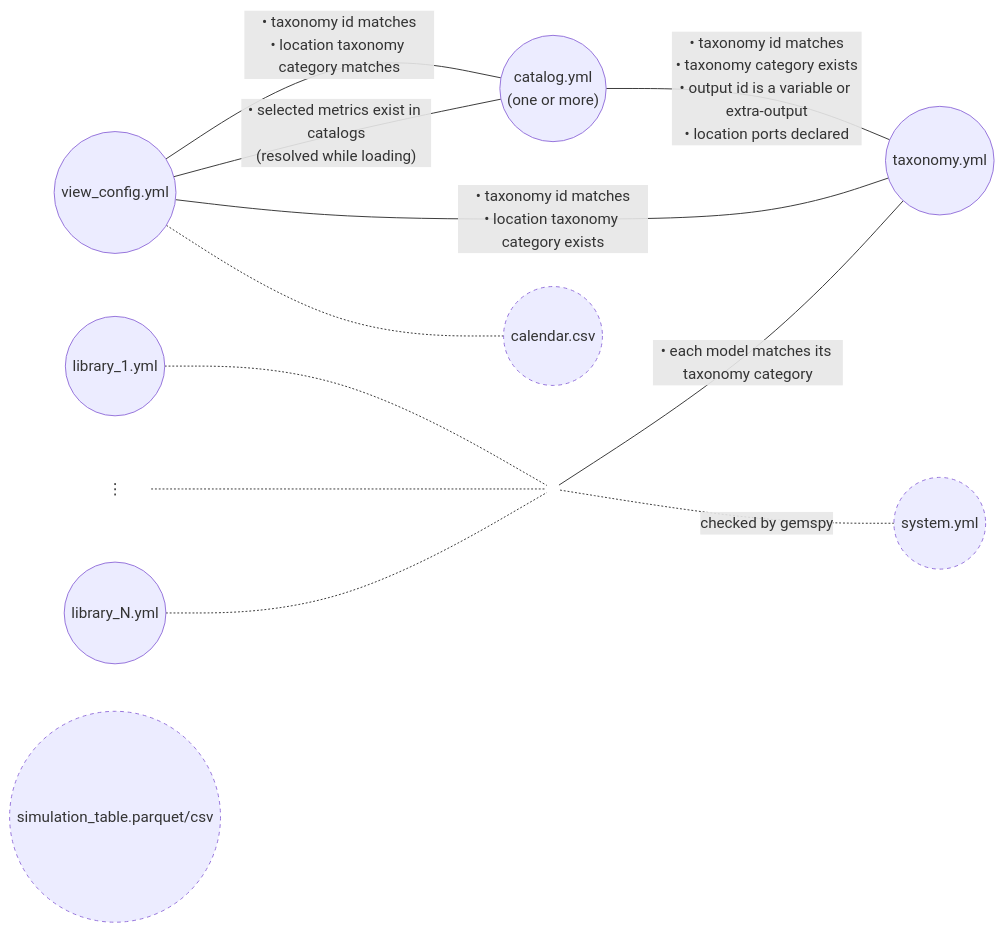
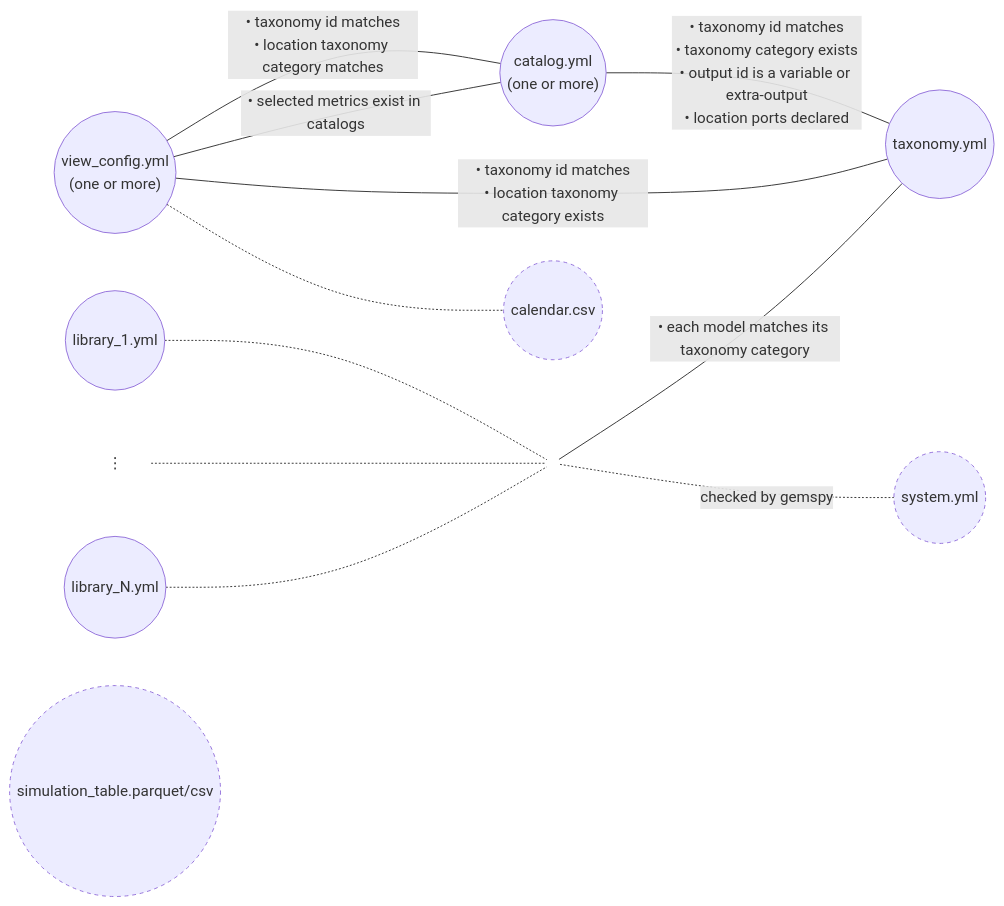
The diagram in docs/input_validation_diagram.md (AntaresSimulatorTeam/GEMS-ViewsBuilder), drawn with Mermaid before and after one commit. The commit also changed other lines of this file and 1 other file, not shown here.

First line of the commit message:
Update documentation to clarify view_config.yml requirements

````diff
--- a/docs/input_validation_diagram.md
+++ b/docs/input_validation_diagram.md
@@ -6,30 +6,30 @@
 ```mermaid
 graph LR
     catalog(("catalog.yml<br/>(one or more)"))
     taxonomy(("taxonomy.yml"))
-    view_config(("view_config.yml"))
+    view_config(("view_config.yml<br/>(one or more)"))
     library_1(("library_1.yml"))
     library_dots["⋮"]
     library_n(("library_N.yml"))
     library_join((" "))
     system(("system.yml"))
     simulation_table(("simulation_table.parquet/csv"))
     calendar(("calendar.csv"))
 
     catalog -- "• taxonomy id matches<br/>• taxonomy category exists<br/>• output id is a variable or extra-output<br/>• location ports declared" --- taxonomy
     view_config -- "• taxonomy id matches<br/>• location taxonomy category exists" --- taxonomy
     view_config -- "• taxonomy id matches<br/>• location taxonomy category matches" --- catalog
-    view_config -- "• selected metrics exist in catalogs<br/>(resolved while loading)" --- catalog
+    view_config -- "• selected metrics exist in catalogs" --- catalog
 
     library_1 -.- library_join
     library_dots -.- library_join
     library_n -.- library_join
     library_join -- "• each model matches its taxonomy category" --- taxonomy
     library_join -. "checked by gemspy" .- system
     view_config -.- calendar
 
     classDef unvalidated stroke-dasharray: 4 4;
     classDef plain stroke: none, fill: none;
     class system,simulation_table,calendar unvalidated;
     class library_dots,library_join plain;
 ```
````
